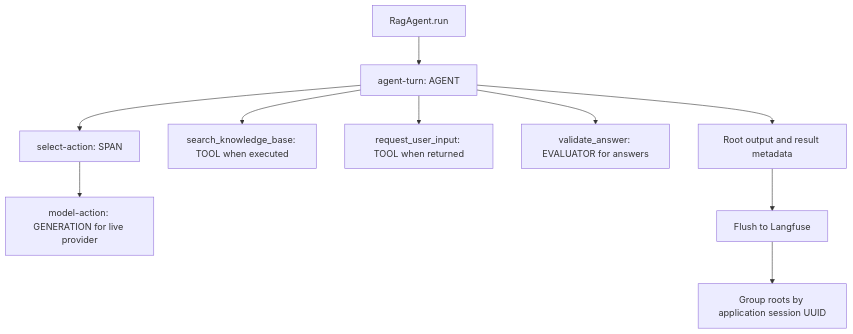
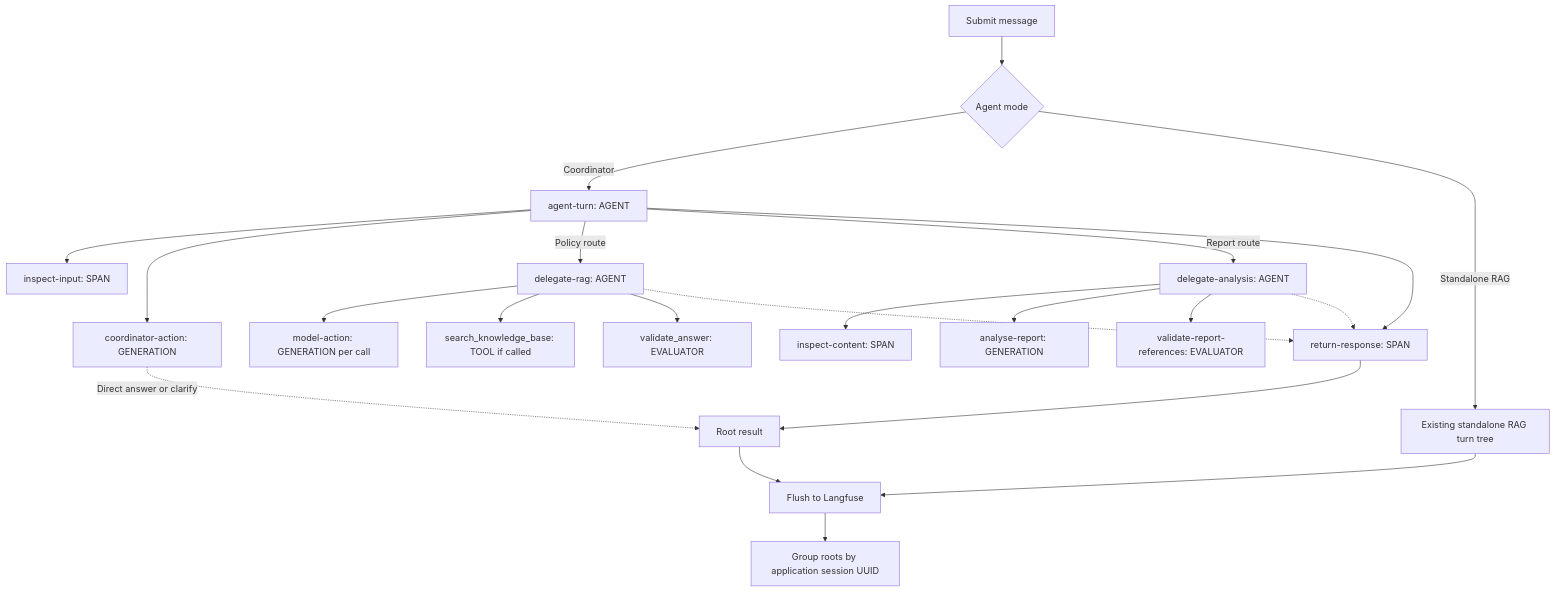
Diagram 13 of 16 in architecture.md (govtech-responsibleai/agentic-eval-toyapp), drawn with Mermaid before and after one commit. The commit also changed other lines of this file and 17 other files, not shown here.

Commit message:
feat(tracing): add coordinator-owned Langfuse traces

````diff
--- a/architecture.md
+++ b/architecture.md
@@ -838,12 +851,24 @@
 ```mermaid
 flowchart TD
-    Turn[RagAgent.run] --> Root[agent-turn: AGENT]
-    Root --> Select[select-action: SPAN]
-    Select --> Generation[model-action: GENERATION for live provider]
-    Root --> Search[search_knowledge_base: TOOL when executed]
-    Root --> Clarify[request_user_input: TOOL when returned]
-    Root --> Validate[validate_answer: EVALUATOR for answers]
-    Root --> Complete[Root output and result metadata]
-    Complete --> Flush[Flush to Langfuse]
+    Submit[Submit message] --> Mode{Agent mode}
+    Mode -->|Coordinator| Root[agent-turn: AGENT]
+    Root --> Inspect[inspect-input: SPAN]
+    Root --> Decision[coordinator-action: GENERATION]
+    Decision -.->|Direct answer or clarify| Complete[Root result]
+    Root -->|Policy route| Rag[delegate-rag: AGENT]
+    Rag --> RagModel[model-action: GENERATION per call]
+    Rag --> Search[search_knowledge_base: TOOL if called]
+    Rag --> Validate[validate_answer: EVALUATOR]
+    Root -->|Report route| Analysis[delegate-analysis: AGENT]
+    Analysis --> InspectReport[inspect-content: SPAN]
+    Analysis --> AnalysisModel[analyse-report: GENERATION]
+    Analysis --> ValidateReport[validate-report-references: EVALUATOR]
+    Root --> Return[return-response: SPAN]
+    Rag -.-> Return
+    Analysis -.-> Return
+    Return --> Complete
+    Mode -->|Standalone RAG| Legacy[Existing standalone RAG turn tree]
+    Legacy --> Flush[Flush to Langfuse]
+    Complete --> Flush
     Flush --> Session[Group roots by application session UUID]
 ```
````
